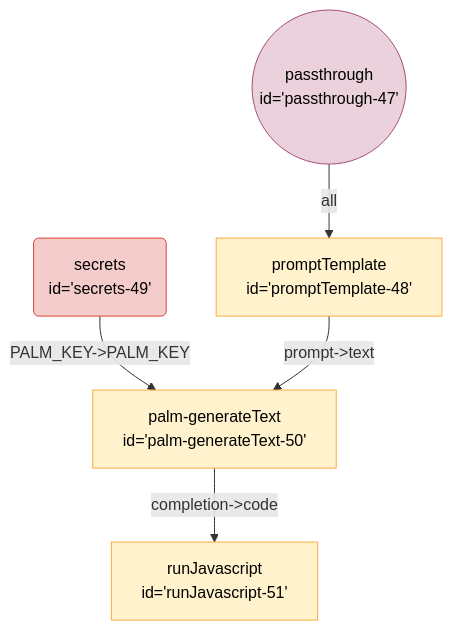
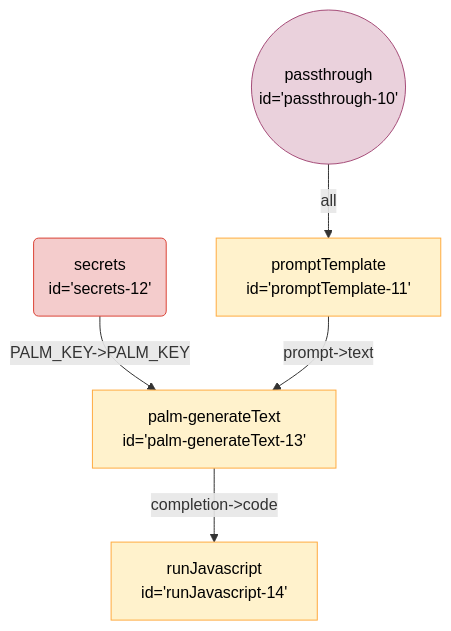
One commit to breadboard-ai/breadboard changed the diagram in seeds/breadboard-web/docs/graphs/new/math-inline-chain.md. Above: the diagram before and after it, drawn with Mermaid. The commit also changed 20 other files, not shown here.

Commit message:
[new syntax] saner ids in example graphs

````diff
--- a/seeds/breadboard-web/docs/graphs/new/math-inline-chain.md
+++ b/seeds/breadboard-web/docs/graphs/new/math-inline-chain.md
@@ -3,16 +3,16 @@
 ```mermaid
 %%{init: 'themeVariables': { 'fontFamily': 'Fira Code, monospace' }}%%
 graph TD;
-palmgenerateText50["palm-generateText <br> id='palm-generateText-50'"] -- "completion->code" --> runJavascript51["runJavascript <br> id='runJavascript-51'"]
-secrets49("secrets <br> id='secrets-49'"):::secrets -- "PALM_KEY->PALM_KEY" --> palmgenerateText50["palm-generateText <br> id='palm-generateText-50'"]
-promptTemplate48["promptTemplate <br> id='promptTemplate-48'"] -- "prompt->text" --> palmgenerateText50["palm-generateText <br> id='palm-generateText-50'"]
-passthrough47(("passthrough <br> id='passthrough-47'")):::passthrough -- all --> promptTemplate48["promptTemplate <br> id='promptTemplate-48'"]
+palmgenerateText13["palm-generateText <br> id='palm-generateText-13'"] -- "completion->code" --> runJavascript14["runJavascript <br> id='runJavascript-14'"]
+secrets12("secrets <br> id='secrets-12'"):::secrets -- "PALM_KEY->PALM_KEY" --> palmgenerateText13["palm-generateText <br> id='palm-generateText-13'"]
+promptTemplate11["promptTemplate <br> id='promptTemplate-11'"] -- "prompt->text" --> palmgenerateText13["palm-generateText <br> id='palm-generateText-13'"]
+passthrough10(("passthrough <br> id='passthrough-10'")):::passthrough -- all --> promptTemplate11["promptTemplate <br> id='promptTemplate-11'"]
 classDef default stroke:#ffab40,fill:#fff2ccff,color:#000
 classDef input stroke:#3c78d8,fill:#c9daf8ff,color:#000
 classDef output stroke:#38761d,fill:#b6d7a8ff,color:#000
 classDef passthrough stroke:#a64d79,fill:#ead1dcff,color:#000
 classDef slot stroke:#a64d79,fill:#ead1dcff,color:#000
 classDef config stroke:#a64d79,fill:#ead1dcff,color:#000
 classDef secrets stroke:#db4437,fill:#f4cccc,color:#000
 classDef slotted stroke:#a64d79
 ```
````
